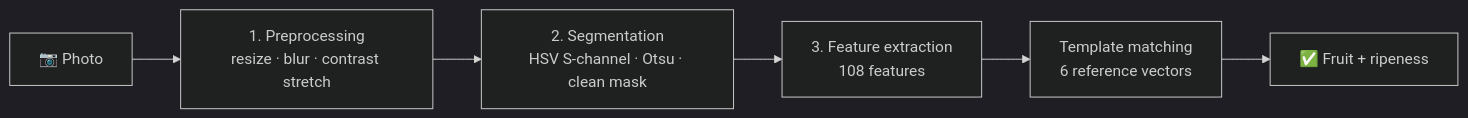
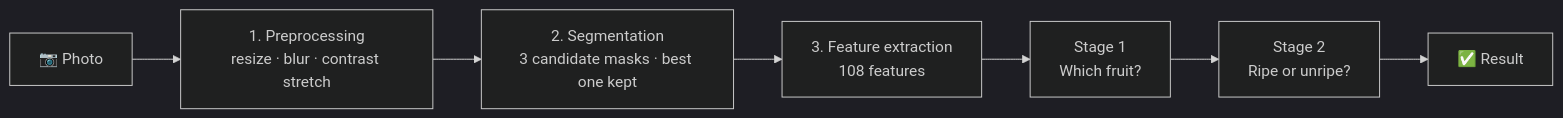
The first of 2 diagrams in README.md (AtharvaDurge/Fruit-Ripeness-Detection), drawn with Mermaid (dark theme) before and after one commit. The commit also changed other lines of this file, not shown here.

````diff
--- a/README.md
+++ b/README.md
@@ -74,8 +74,9 @@
 ```mermaid
 flowchart LR
     A[📷 Photo] --> B[1. Preprocessing<br/>resize · blur · contrast stretch]
-    B --> C[2. Segmentation<br/>HSV S-channel · Otsu · clean mask]
+    B --> C[2. Segmentation<br/>3 candidate masks · best one kept]
     C --> D[3. Feature extraction<br/>108 features]
-    D --> E[Template matching<br/>6 reference vectors]
-    E --> F[✅ Fruit + ripeness]
+    D --> E[Stage 1<br/>Which fruit?]
+    E --> F[Stage 2<br/>Ripe or unripe?]
+    F --> G[✅ Result]
 ```
````
